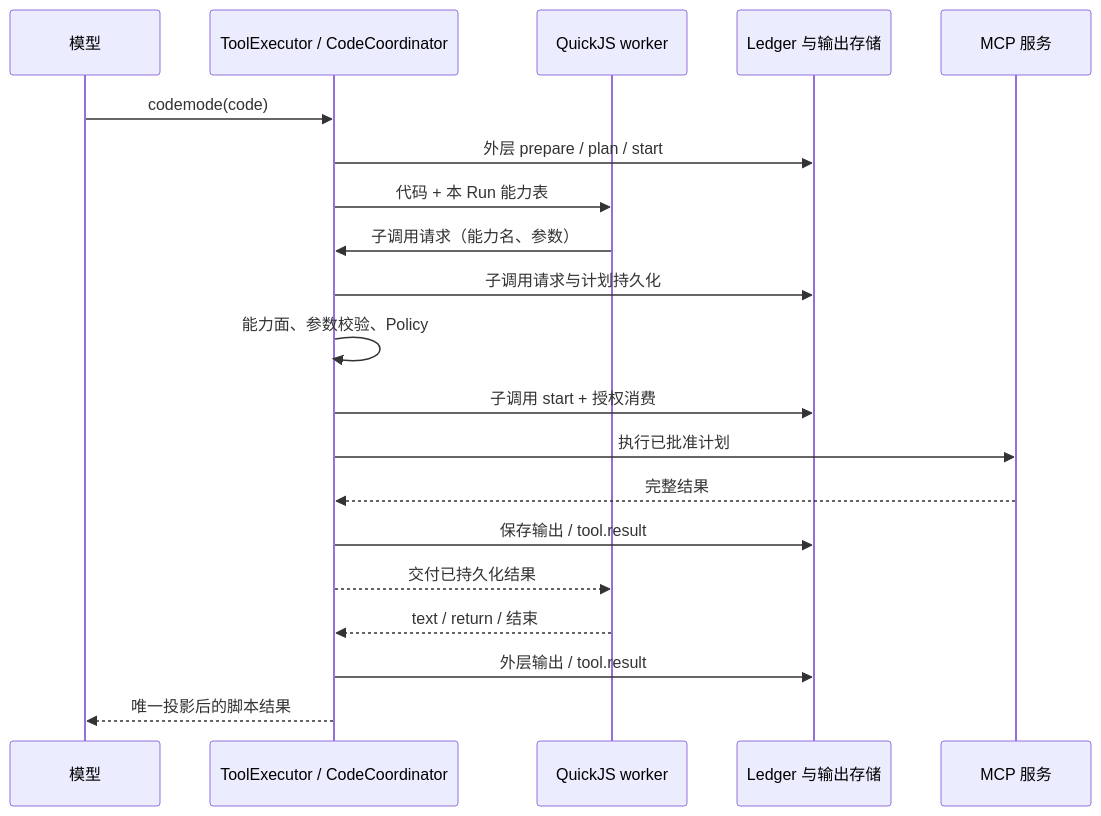
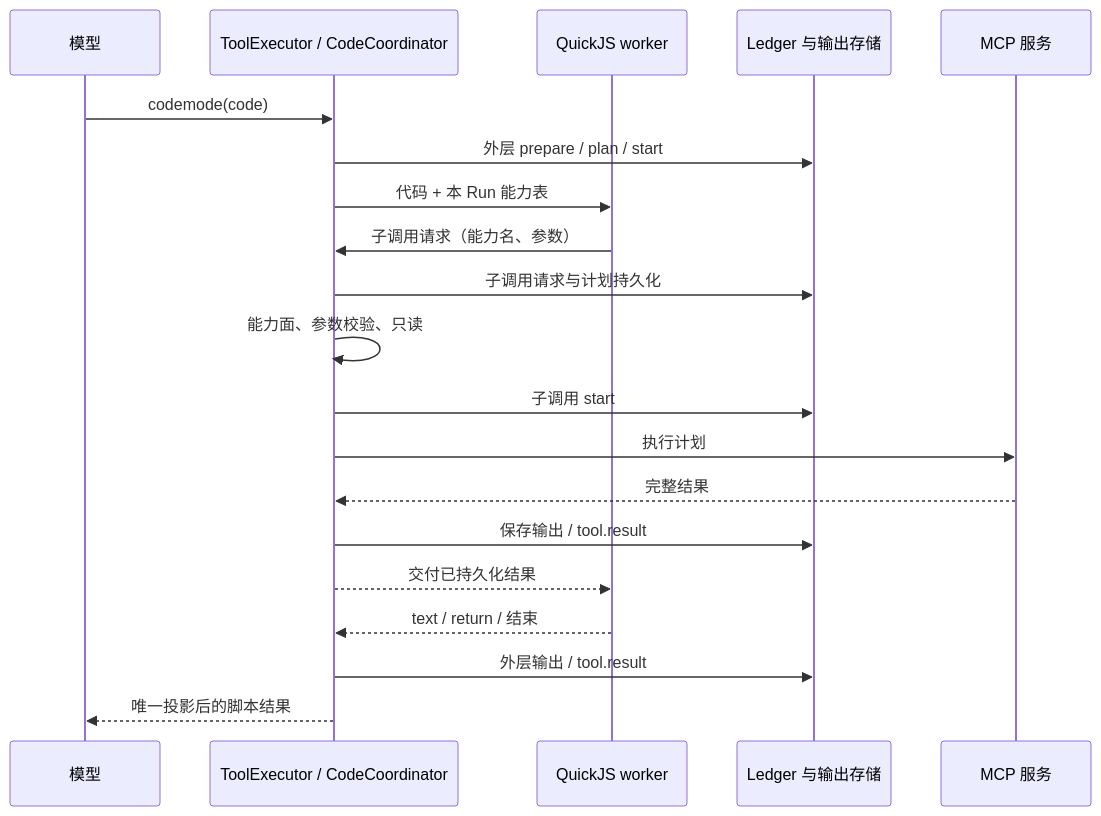
Before and after one commit to xyi203/komo-bot: the diagram in docs/mcp-codemode.md, drawn with Mermaid. The commit also changed other lines of this file and 209 other files, not shown here.

````diff
--- a/docs/mcp-codemode.md
+++ b/docs/mcp-codemode.md
@@ -164,22 +167,22 @@
 ```mermaid
 sequenceDiagram
     participant M as 模型
     participant E as ToolExecutor / CodeCoordinator
     participant W as QuickJS worker
     participant L as Ledger 与输出存储
     participant S as MCP 服务
     M->>E: codemode(code)
     E->>L: 外层 prepare / plan / start
     E->>W: 代码 + 本 Run 能力表
     W->>E: 子调用请求（能力名、参数）
     E->>L: 子调用请求与计划持久化
-    E->>E: 能力面、参数校验、Policy
-    E->>L: 子调用 start + 授权消费
-    E->>S: 执行已批准计划
+    E->>E: 能力面、参数校验、只读
+    E->>L: 子调用 start
+    E->>S: 执行计划
     S-->>E: 完整结果
     E->>L: 保存输出 / tool.result
     E-->>W: 交付已持久化结果
     W-->>E: text / return / 结束
     E->>L: 外层输出 / tool.result
     E-->>M: 唯一投影后的脚本结果
 ```
````
